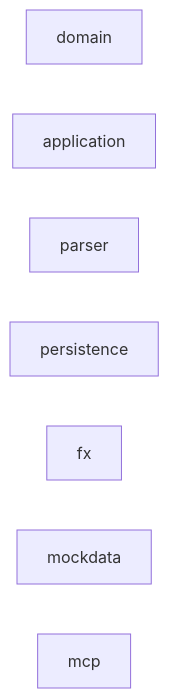
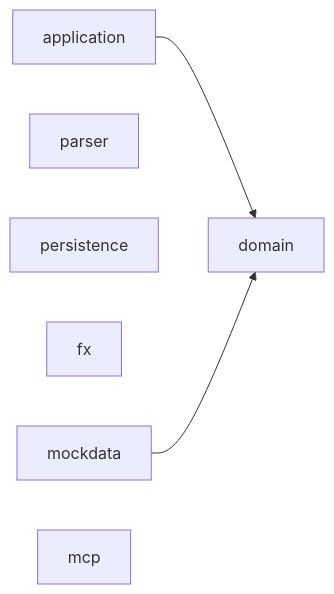
The diagram in docs/generated/module-deps.md (Artyom7577/fin-track-mcp), drawn with Mermaid before and after one commit. The commit also changed 46 other files, not shown here.

````diff
--- a/docs/generated/module-deps.md
+++ b/docs/generated/module-deps.md
@@ -6,10 +6,12 @@
 ```mermaid
 flowchart LR
     domain
     application
     parser
     persistence
     fx
     mockdata
     mcp
+    application --> domain
+    mockdata --> domain
 ```
````
